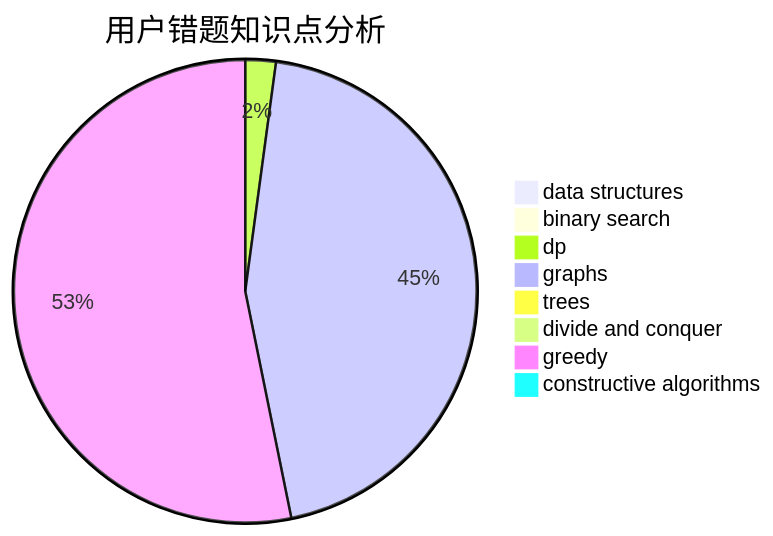
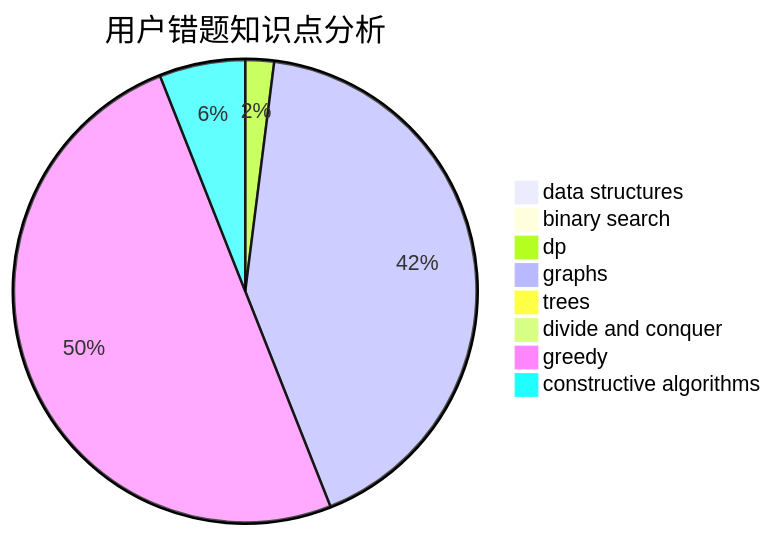
The third of 3 diagrams in docs/user/u1246.md (sherpahu/cfrs.github.io), drawn with Mermaid before and after one commit. The commit also changed other lines of this file and 2770 other files, not shown here.

````diff
--- a/docs/user/u1246.md
+++ b/docs/user/u1246.md
@@ -36,11 +36,11 @@
 ```mermaid
 pie title 用户错题知识点分析
     "data structures" :  0
     "binary search" :  0
     "dp" :  1
     "graphs" :  21
     "trees" :  0
     "divide and conquer" :  0
     "greedy" :  25
-    "constructive algorithms" :  0
+    "constructive algorithms" :  3
 ```
````
